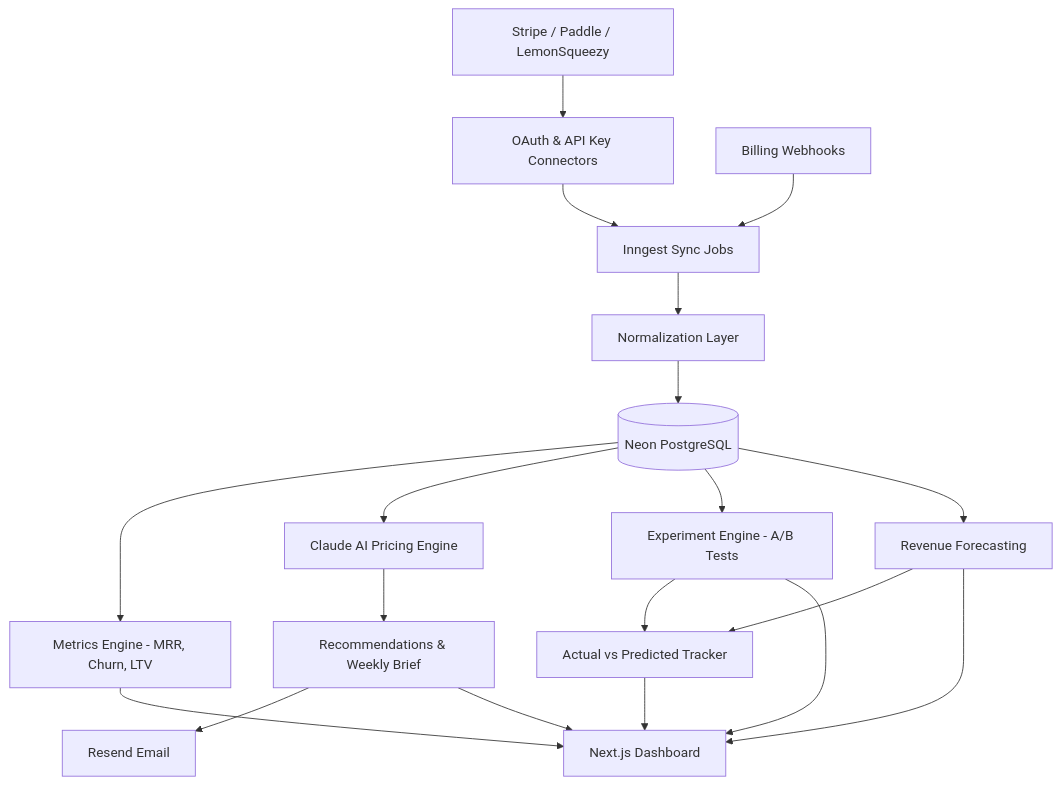
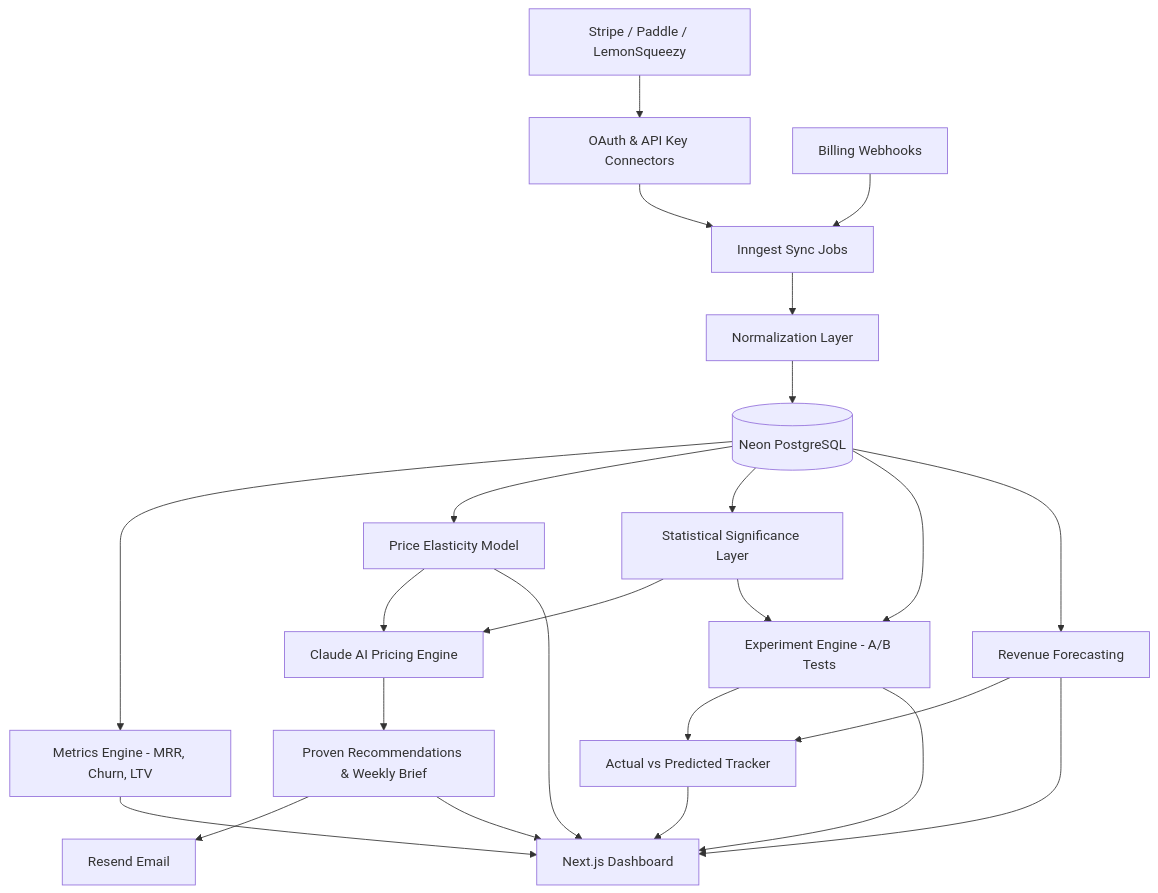
Before and after one commit to merickarpat/merickarpat: the second of 2 diagrams in README.md, drawn with Mermaid. The commit also changed other lines of this file, not shown here.

First line of the commit message:
Highlight elasticity and statistically-proven recs in RevTune

````diff
--- a/README.md
+++ b/README.md
@@ -130,25 +131,31 @@
 ```mermaid
 flowchart TB
   stripe[Stripe / Paddle / LemonSqueezy] --> connect[OAuth & API Key Connectors]
   connect --> sync[Inngest Sync Jobs]
   webhooks[Billing Webhooks] --> sync
 
   sync --> normalize[Normalization Layer]
   normalize --> db[(Neon PostgreSQL)]
 
   db --> metrics[Metrics Engine - MRR, Churn, LTV]
-  db --> ai[Claude AI Pricing Engine]
-  ai --> insights[Recommendations & Weekly Brief]
+  db --> elasticity[Price Elasticity Model]
+  db --> stats[Statistical Significance Layer]
+
+  elasticity --> ai[Claude AI Pricing Engine]
+  stats --> ai
+  ai --> insights[Proven Recommendations & Weekly Brief]
 
   db --> experiments[Experiment Engine - A/B Tests]
+  stats --> experiments
   db --> forecast[Revenue Forecasting]
   experiments --> impact[Actual vs Predicted Tracker]
   forecast --> impact
 
   insights --> resend[Resend Email]
   metrics --> dashboard[Next.js Dashboard]
   insights --> dashboard
   experiments --> dashboard
   forecast --> dashboard
   impact --> dashboard
+  elasticity --> dashboard
 ```
````
